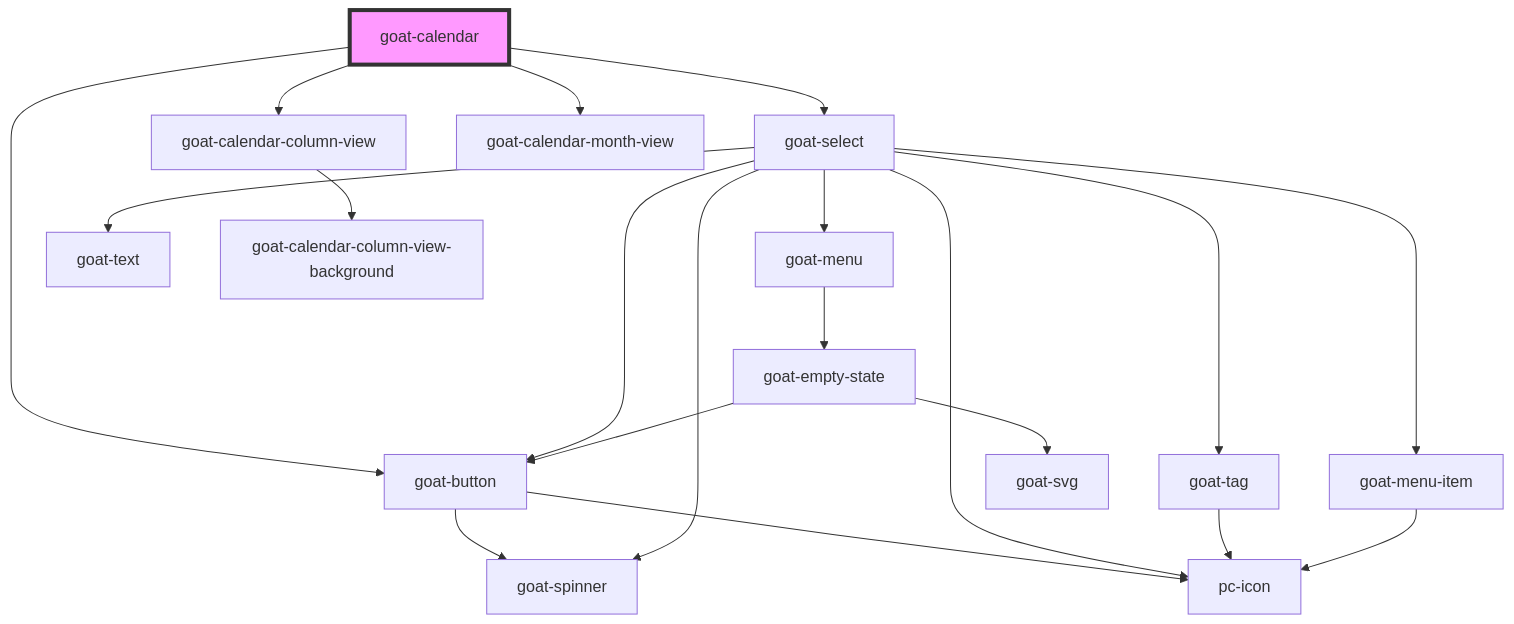
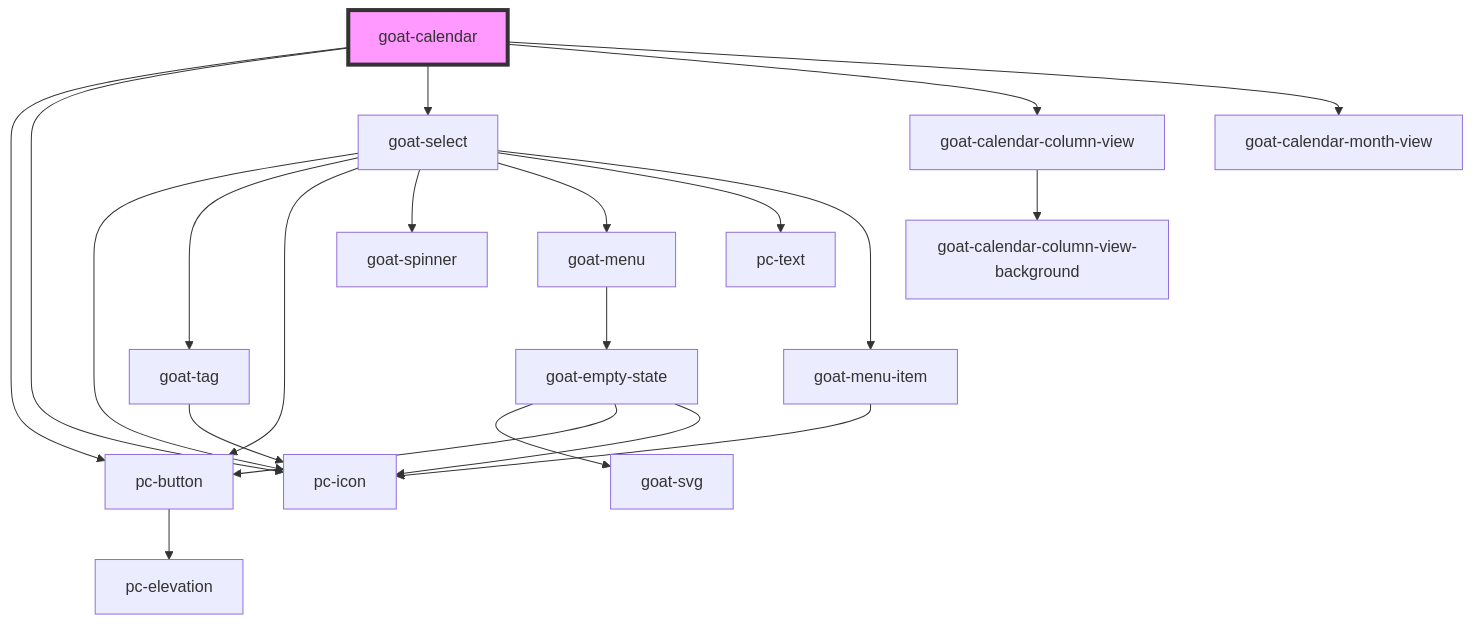
The diagram in src/components/application/calendar/calendar/readme.md (redvars/peacock), drawn with Mermaid before and after one commit. The commit also changed other lines of this file and 280 other files, not shown here.

````diff
--- a/src/components/application/calendar/calendar/readme.md
+++ b/src/components/application/calendar/calendar/readme.md
@@ -38,23 +39,24 @@
 ```mermaid
 graph TD;
-  goat-calendar --> goat-button
+  goat-calendar --> pc-button
+  goat-calendar --> pc-icon
   goat-calendar --> goat-select
   goat-calendar --> goat-calendar-column-view
   goat-calendar --> goat-calendar-month-view
-  goat-button --> goat-spinner
-  goat-button --> pc-icon
+  pc-button --> pc-elevation
   goat-select --> pc-icon
   goat-select --> goat-tag
-  goat-select --> goat-button
+  goat-select --> pc-button
   goat-select --> goat-spinner
   goat-select --> goat-menu
-  goat-select --> goat-text
+  goat-select --> pc-text
   goat-select --> goat-menu-item
   goat-tag --> pc-icon
   goat-menu --> goat-empty-state
   goat-empty-state --> goat-svg
-  goat-empty-state --> goat-button
+  goat-empty-state --> pc-button
+  goat-empty-state --> pc-icon
   goat-menu-item --> pc-icon
   goat-calendar-column-view --> goat-calendar-column-view-background
   style goat-calendar fill:#f9f,stroke:#333,stroke-width:4px
 ```
````
